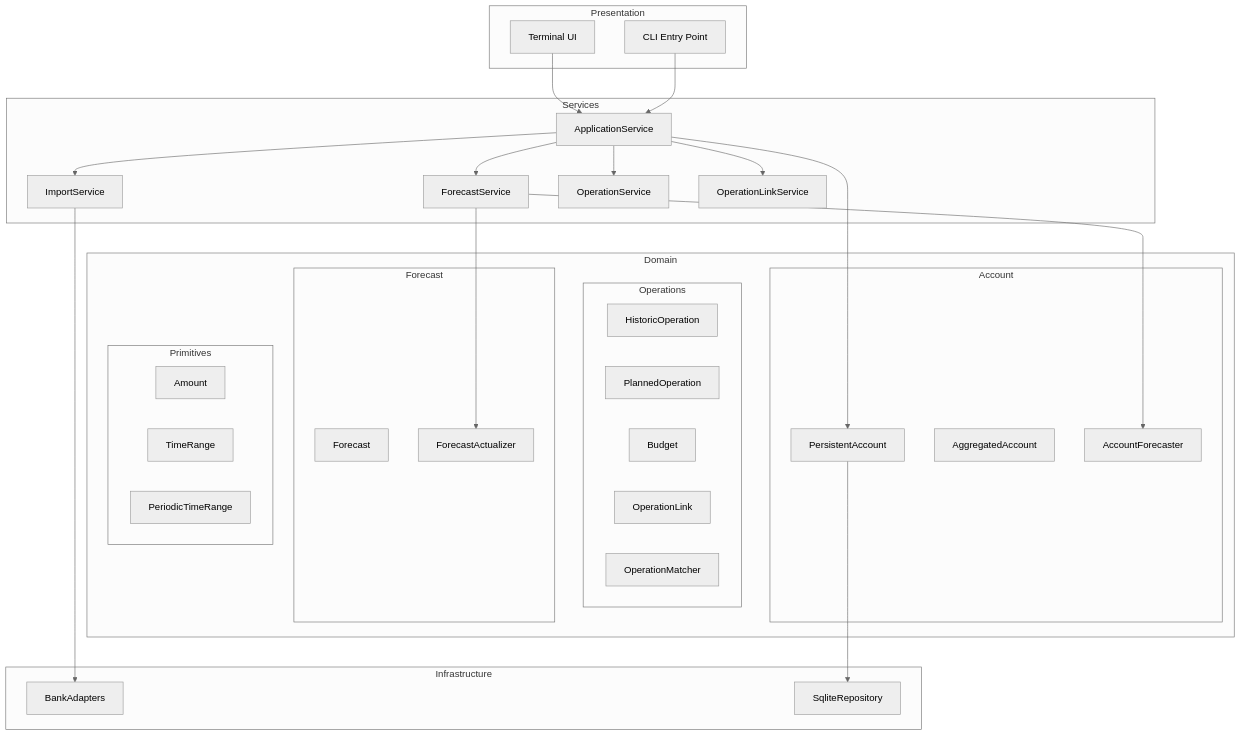
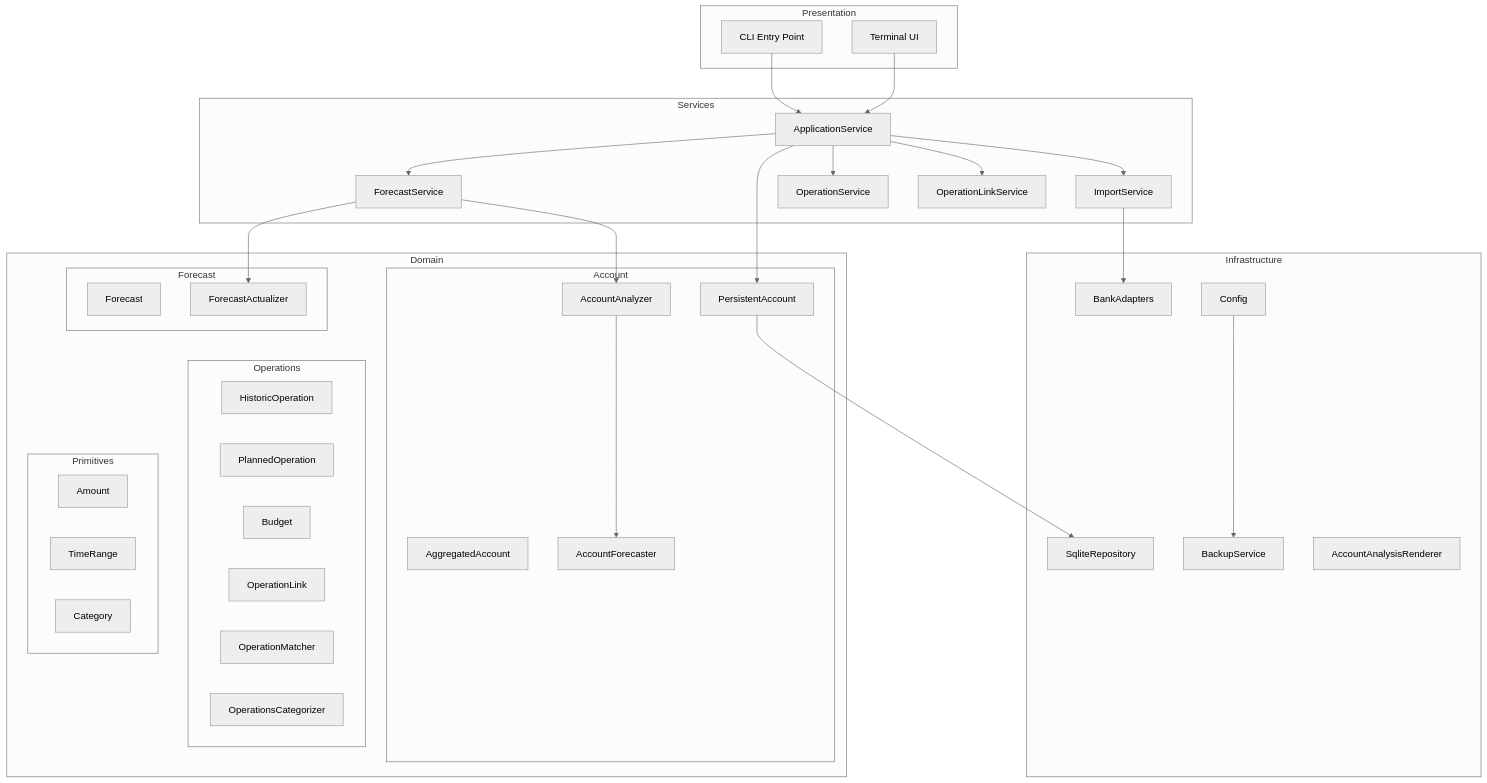
The first of 7 diagrams in docs/dev/architecture.md (corentin-core/budget-forecaster), drawn with Mermaid (neutral theme) before and after one commit. The commit also changed other lines of this file, not shown here.

First line of the commit message:
docs: update architecture documentation with complete module inventory

````diff
--- a/docs/dev/architecture.md
+++ b/docs/dev/architecture.md
@@ -7,59 +7,66 @@
 ```mermaid
 graph TB
     subgraph Presentation
         TUI[Terminal UI]
         CLI[CLI Entry Point]
     end
 
     subgraph Services
         AS[ApplicationService]
         FS[ForecastService]
         IS[ImportService]
         OS[OperationService]
         OLS[OperationLinkService]
     end
 
     subgraph Domain
         subgraph Account
             PA[PersistentAccount]
             AA[AggregatedAccount]
             AF[AccountForecaster]
+            AN[AccountAnalyzer]
         end
 
         subgraph Operations
             HO[HistoricOperation]
             PO[PlannedOperation]
             BU[Budget]
             OL[OperationLink]
             OM[OperationMatcher]
+            OC[OperationsCategorizer]
         end
 
         subgraph Forecast
             FC[Forecast]
             FA[ForecastActualizer]
         end
 
         subgraph Primitives
             AM[Amount]
             TR[TimeRange]
-            PTR[PeriodicTimeRange]
+            CAT[Category]
         end
     end
 
     subgraph Infrastructure
         BA[BankAdapters]
         SR[SqliteRepository]
+        CFG[Config]
+        BK[BackupService]
+        RND[AccountAnalysisRenderer]
     end
 
     TUI --> AS
     CLI --> AS
     AS --> FS
     AS --> IS
     AS --> OS
     AS --> OLS
-    FS --> AF
     FS --> FA
+    FS --> AN
     IS --> BA
     AS --> PA
     PA --> SR
+    AN --> AF
+    CFG --> BK
 ```
````
